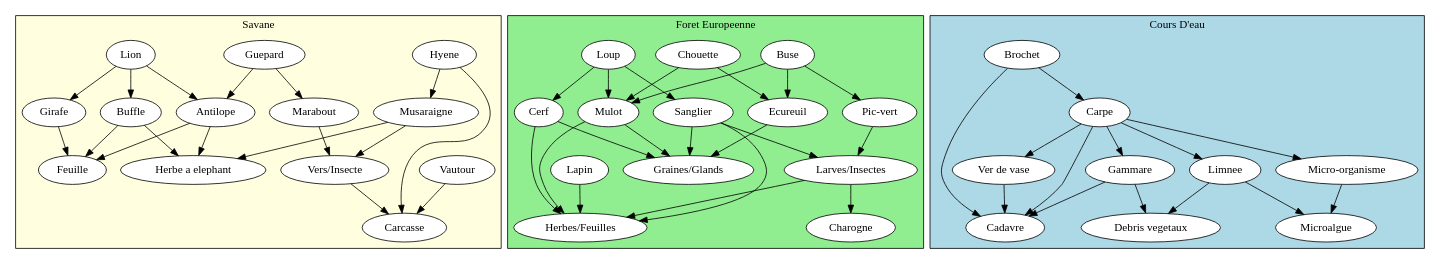
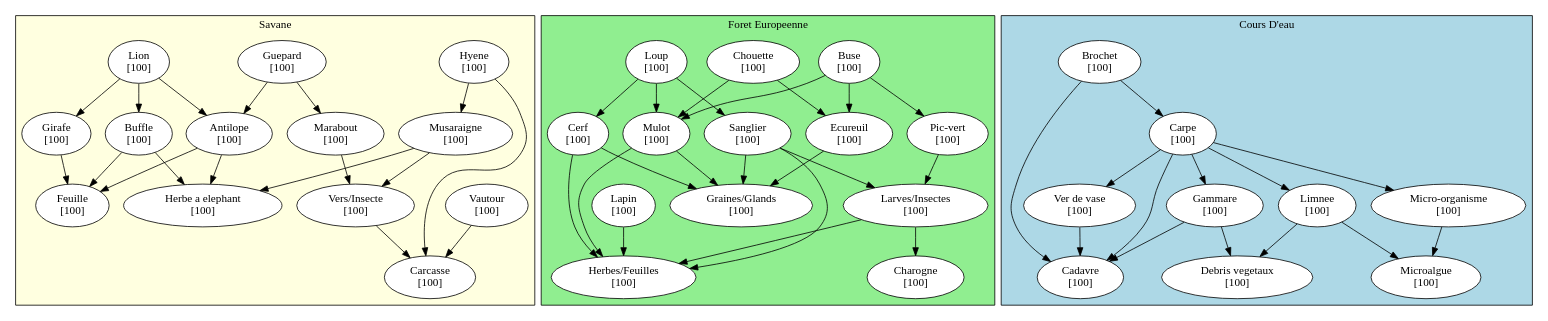
One commit to GTHBgaby/4H-ReseauxTrophiques changed the diagram in test.dot. Above: the diagram before and after it, drawn with Graphviz.

Commit message:
Population

```diff
--- a/test.dot
+++ b/test.dot
@@ -1,135 +1,173 @@
 digraph multigraphe {
     rankdir=TB; // du haut vers le bas
     compound=true;
     newrank=true;
 
     subgraph cluster_0 {
         label = "Savane";
         bgcolor = "lightyellow";
         node [shape=ellipse, style=filled, fillcolor=white];
+
+        "Musaraigne" [label="Musaraigne\n[100]"]
+        "Herbe a elephant" [label="Herbe a elephant\n[100]"]
+        "Antilope" [label="Antilope\n[100]"]
+        "Buffle" [label="Buffle\n[100]"]
+        "Feuille" [label="Feuille\n[100]"]
+        "Girafe" [label="Girafe\n[100]"]
+        "Vers/Insecte" [label="Vers/Insecte\n[100]"]
+        "Carcasse" [label="Carcasse\n[100]"]
+        "Hyene" [label="Hyene\n[100]"]
+        "Vautour" [label="Vautour\n[100]"]
+        "Marabout" [label="Marabout\n[100]"]
+        "Guepard" [label="Guepard\n[100]"]
+        "Lion" [label="Lion\n[100]"]
 
         // Relations
         "Musaraigne" -> "Herbe a elephant"
         "Antilope" -> "Herbe a elephant"
         "Buffle" -> "Herbe a elephant"
 
         "Antilope" -> "Feuille"
         "Buffle" -> "Feuille"
         "Girafe" -> "Feuille"
 
         "Vers/Insecte" -> "Carcasse"
         "Hyene" -> "Carcasse"
         "Vautour" -> "Carcasse"
 
         "Marabout" -> "Vers/Insecte"
         "Musaraigne" -> "Vers/Insecte"
 
         "Guepard" -> "Marabout"
 
         "Hyene" -> "Musaraigne"
 
         "Guepard" -> "Antilope"
         "Lion" -> "Antilope"
 
         "Lion" -> "Buffle"
 
         "Lion" -> "Girafe"
 
         // Force la disposition
         {rank=same; "Herbe a elephant"}
         {rank=same; Feuille}
         {rank=same; Carcasse}
         {rank=same; "Vers/Insecte"}
         {rank=same; Marabout}
         {rank=same; Musaraigne}
         {rank=same; Antilope}
         {rank=same; Buffle}
         {rank=same; Girafe}
         {rank=same; Hyene}
         {rank=same; Guepard}
         {rank=same; Lion}
         {rank=same; Vautour}
         }
 
     subgraph cluster_1 {
         label = "Foret Europeenne";
         bgcolor = "lightgreen";
         node [shape=ellipse, style=filled, fillcolor=white];
+
+        "Ecureuil" [label="Ecureuil\n[100]"]
+        "Graines/Glands" [label="Graines/Glands\n[100]"]
+        "Mulot" [label="Mulot\n[100]"]
+        "Cerf" [label="Cerf\n[100]"]
+        "Sanglier" [label="Sanglier\n[100]"]
+        "Larves/Insectes" [label="Larves/Insectes\n[100]"]
+        "Herbes/Feuilles" [label="Herbes/Feuilles\n[100]"]
+        "Lapin" [label="Lapin\n[100]"]
+        "Charogne" [label="Charogne\n[100]"]
+        "Pic-vert" [label="Pic-vert\n[100]"]
+        "Chouette" [label="Chouette\n[100]"]
+        "Buse" [label="Buse\n[100]"]
+        "Loup" [label="Loup\n[100]"]
 
         "Ecureuil" -> "Graines/Glands"
         "Mulot" -> "Graines/Glands"
         "Cerf" -> "Graines/Glands"
         "Sanglier" -> "Graines/Glands"
 
         "Larves/Insectes" -> "Herbes/Feuilles"
         "Lapin" -> "Herbes/Feuilles"
         "Mulot" -> "Herbes/Feuilles"
         "Cerf" -> "Herbes/Feuilles"
         "Sanglier" -> "Herbes/Feuilles"
 
         "Larves/Insectes" -> "Charogne"
 
         "Pic-vert" -> "Larves/Insectes"
         "Sanglier" -> "Larves/Insectes"
 
         "Chouette" -> "Ecureuil"
         "Buse" -> "Ecureuil"
 
         "Chouette" -> "Mulot"
         "Buse" -> "Mulot"
         "Loup" -> "Mulot"
 
         "Buse" -> "Pic-vert"
 
         "Loup" -> "Cerf"
         "Loup" -> "Sanglier"
 
         // Force la disposition
         {rank=same; "Graines/Glands"}
         {rank=same; "Herbes/Feuilles"}
         {rank=same; "Charogne"}
         {rank=same; "Larves/Insectes"}
         {rank=same; "Lapin"}
         {rank=same; "Ecureuil"}
         {rank=same; "Mulot"}
         {rank=same; "Pic-vert"}
         {rank=same; "Cerf"}
         {rank=same; "Sanglier"}
         {rank=same; "Chouette"}
         {rank=same; "Buse"}
         {rank=same; "Loup"}
     }
 
     subgraph cluster_3 {
         label = "Cours D'eau"
         bgcolor = "lightblue";
         node [shape=ellipse, style=filled, fillcolor=white];
 
+        "Limnee" [label="Limnee\n[100]"]
+        "Debris vegetaux" [label="Debris vegetaux\n[100]"]
+        "Gammare" [label="Gammare\n[100]"]
+        "Micro-organisme" [label="Micro-organisme\n[100]"]
+        "Microalgue" [label="Microalgue\n[100]"]
+        "Ver de vase" [label="Ver de vase\n[100]"]
+        "Cadavre" [label="Cadavre\n[100]"]
+        "Carpe" [label="Carpe\n[100]"]
+        "Brochet" [label="Brochet\n[100]"]
+
         "Limnee" -> "Debris vegetaux"
         "Gammare" -> "Debris vegetaux"
 
         "Micro-organisme" -> "Microalgue"
         "Limnee" -> "Microalgue"
 
         "Ver de vase" -> "Cadavre"
         "Gammare" -> "Cadavre"
         "Carpe" -> "Cadavre"
         "Brochet" -> "Cadavre"
 
         "Carpe" -> "Ver de vase"
         "Carpe" -> "Micro-organisme"
         "Carpe" -> "Limnee"
         "Carpe" -> "Gammare"
 
         "Brochet" -> "Carpe"
 
         {rank=same; "Debris vegetaux"}
         {rank=same; "Microalgue"}
         {rank=same; "Cadavre"}
         {rank=same; "Ver de vase"}
         {rank=same; "Micro-organisme"}
         {rank=same; "Limnee"}
         {rank=same; "Gammare"}
         {rank=same; "Brochet"}
         }
 }
```
